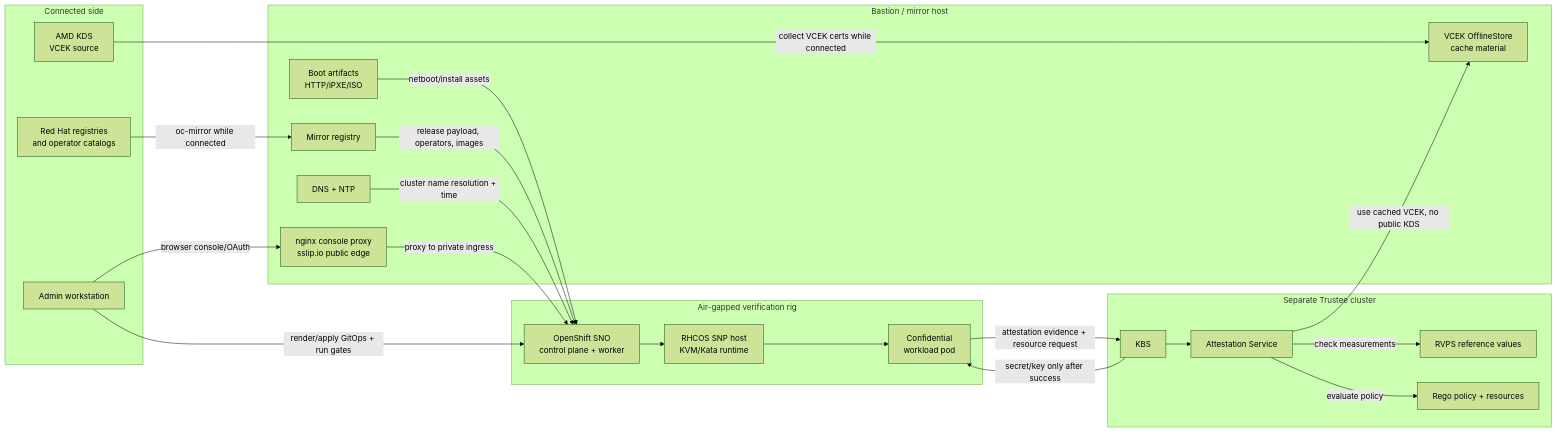
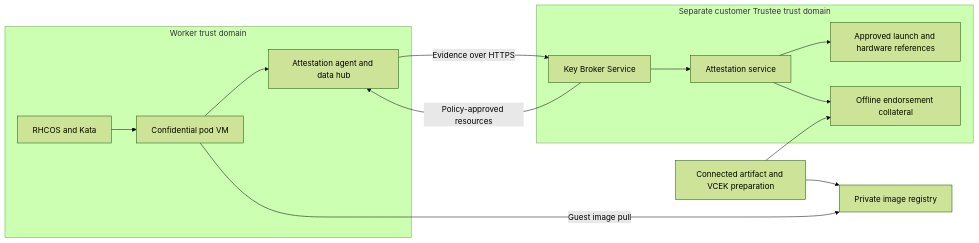
The first of 3 diagrams in docs/architecture.md (shpwrck/openshift-confidential-containers), drawn with Mermaid (forest theme) before and after one commit. The commit also changed other lines of this file and 222 other files, not shown here.

First line of the commit message:
Modernize AMD SEV-SNP setup, release inventory and capability proofs (#86)

````diff
--- a/docs/architecture.md
+++ b/docs/architecture.md
@@ -16,45 +10,17 @@
 ```mermaid
 flowchart LR
-  subgraph Connected[Connected side]
-    RH[Red Hat registries\nand operator catalogs]
-    AMD[AMD KDS\nVCEK source]
-    Admin[Admin workstation]
+  Sources[Connected artifact and VCEK preparation] --> Mirror[Private image registry]
+  Sources --> Collateral[Offline endorsement collateral]
+  subgraph Workers[Worker trust domain]
+    Host[RHCOS and Kata] --> Guest[Confidential pod VM]
+    Guest --> Agents[Attestation agent and data hub]
   end
-
-  subgraph Bastion[Bastion / mirror host]
-    Mirror[Mirror registry]
-    DNS[DNS + NTP]
-    Boot[Boot artifacts\nHTTP/iPXE/ISO]
-    ConsoleProxy[nginx console proxy\nsslip.io public edge]
-    Cache[VCEK OfflineStore\ncache material]
+  subgraph Trust[Separate customer Trustee trust domain]
+    KBS[Key Broker Service] --> AS[Attestation service]
+    AS --> Refs[Approved launch and hardware references]
+    AS --> Collateral
   end
-
-  subgraph Airgap[Air-gapped verification rig]
-    SNO[OpenShift SNO\ncontrol plane + worker]
-    RHCOS[RHCOS SNP host\nKVM/Kata runtime]
-    CoCo[Confidential\nworkload pod]
-  end
-
-  subgraph TrusteeCluster[Separate Trustee cluster]
-    KBS[KBS]
-    AS[Attestation Service]
-    RVPS[RVPS reference values]
-    Policy[Rego policy + resources]
-  end
-
-  RH -->|oc-mirror while connected| Mirror
-  AMD -->|collect VCEK certs while connected| Cache
-  Admin -->|render/apply GitOps + run gates| SNO
-  Admin -->|browser console/OAuth| ConsoleProxy
-  Boot -->|netboot/install assets| SNO
-  Mirror -->|release payload, operators, images| SNO
-  DNS -->|cluster name resolution + time| SNO
-  ConsoleProxy -->|proxy to private ingress| SNO
-  SNO --> RHCOS --> CoCo
-  CoCo -->|attestation evidence + resource request| KBS
-  KBS --> AS
-  AS -->|check measurements| RVPS
-  AS -->|evaluate policy| Policy
-  AS -->|use cached VCEK, no public KDS| Cache
-  KBS -->|secret/key only after success| CoCo
+  Guest -->|Guest image pull| Mirror
+  Agents -->|Evidence over HTTPS| KBS
+  KBS -->|Policy-approved resources| Agents
 ```
````
